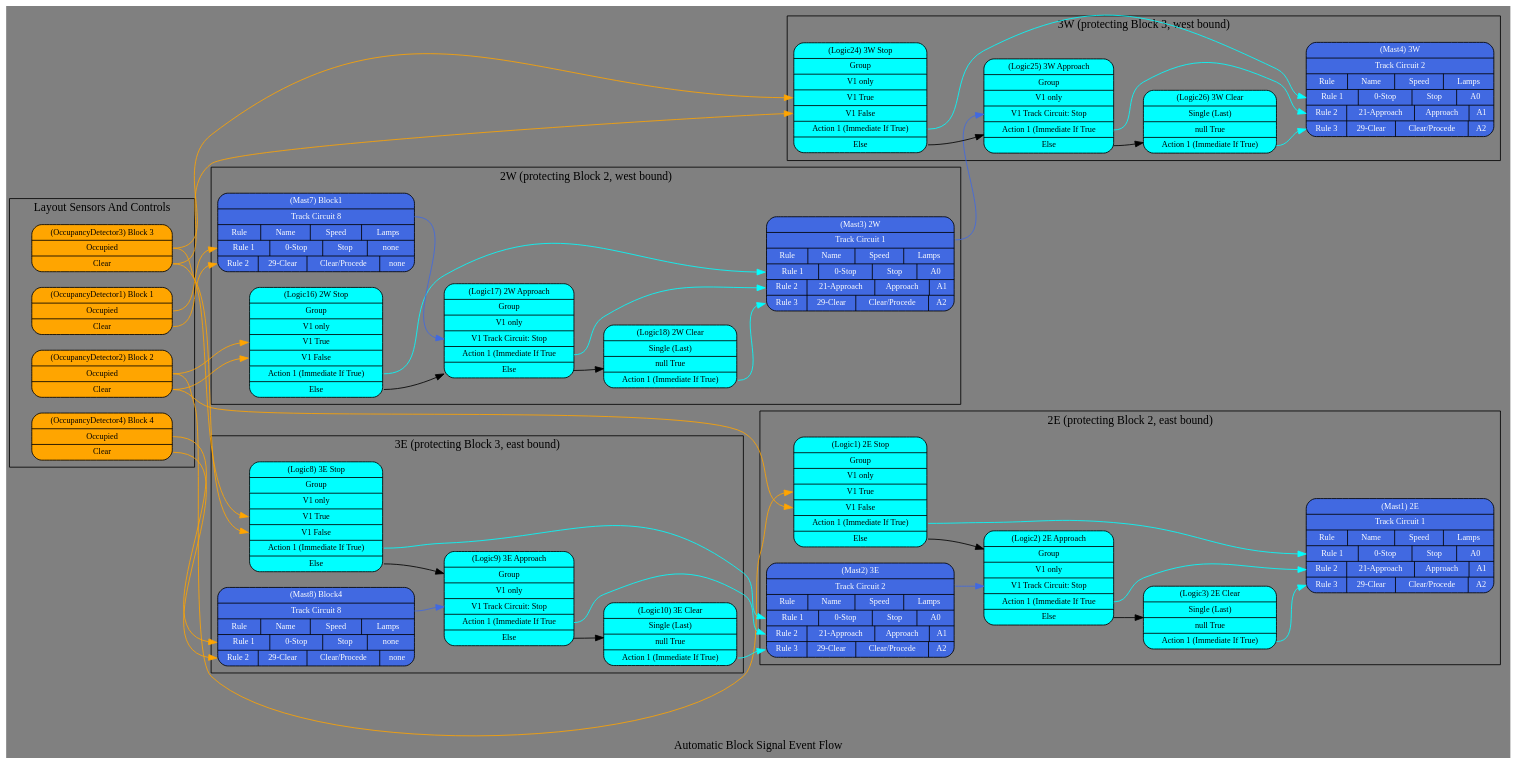
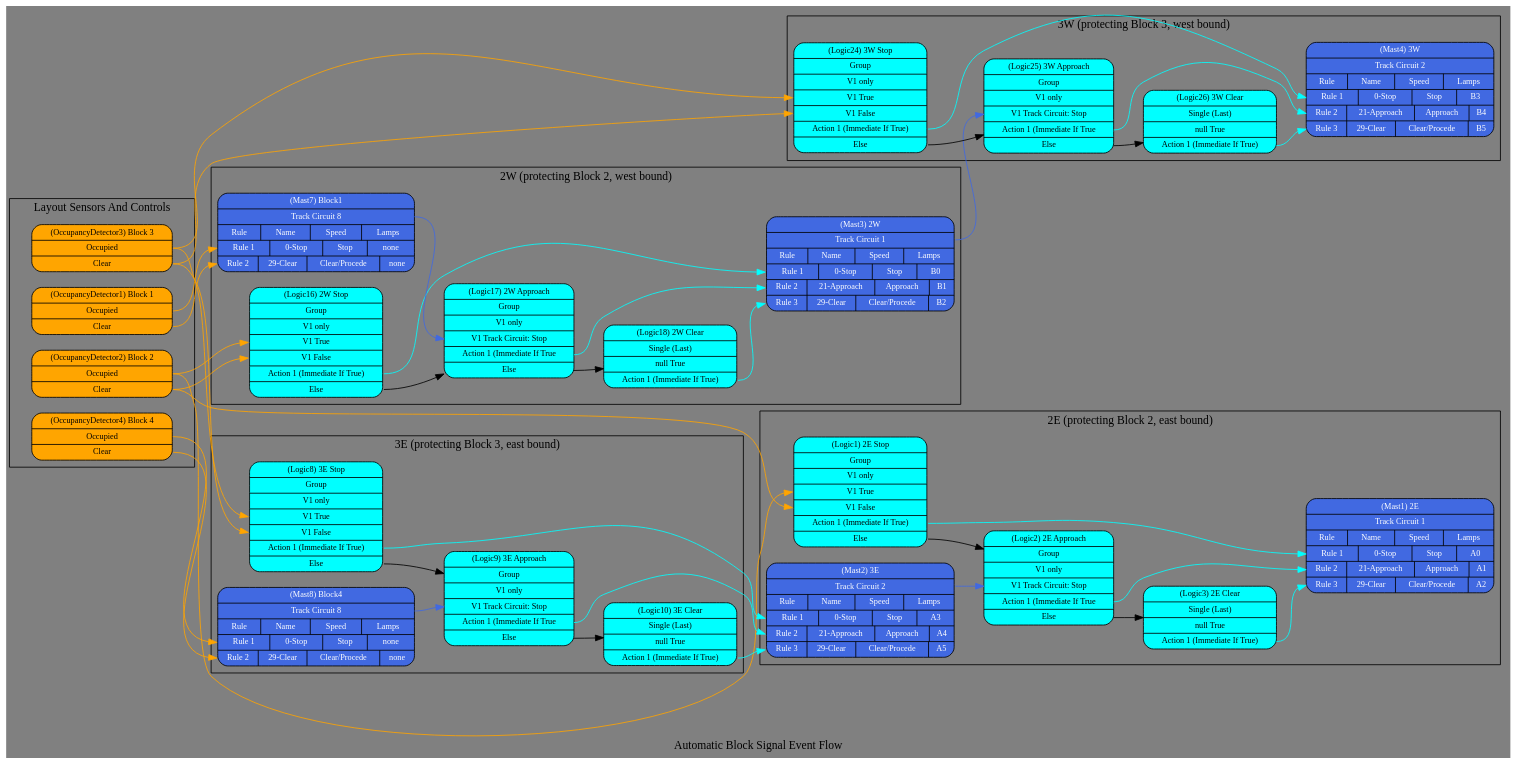
Before and after one commit to RobertPHeller/ESP32-LCC: the diagram in ESP32-T7S3-MultiFunctionUniversalTurnout/KitBooklet/ABSTrack_EventID.gv, drawn with Graphviz.

Commit message:
Update ABSTrack_EventID.gv: correct lamp settings.

```diff
--- a/ESP32-T7S3-MultiFunctionUniversalTurnout/KitBooklet/ABSTrack_EventID.gv
+++ b/ESP32-T7S3-MultiFunctionUniversalTurnout/KitBooklet/ABSTrack_EventID.gv
@@ -1,130 +1,130 @@
 digraph ABSTrack_EventID {
     label="Automatic Block Signal Event Flow";
     bgcolor="gray";
     rankdir=LR;
     /*nodesep=0.5;*/
     node [shape=Mrecord, style="filled"];
     subgraph clusterSensorsAndControls {
         label="Layout Sensors And Controls";
         /* Occupancy Detectors */
         OC1 [fontsize="10", fillcolor="orange",
             label ="(OccupancyDetector1) Block 1|<occupied> Occupied|<clear> Clear"];
         OC2 [fontsize="10", fillcolor="orange",
             label ="(OccupancyDetector2) Block 2|<occupied> Occupied|<clear> Clear"];
         OC3 [fontsize="10", fillcolor="orange",
             label ="(OccupancyDetector3) Block 3|<occupied> Occupied|<clear> Clear"];
         OC4 [fontsize="10", fillcolor="orange",
             label ="(OccupancyDetector4) Block 4|<occupied> Occupied|<clear> Clear"];
     }
     /* Signal Masts */
     
     /* Signal 2E */
     subgraph cluster2E {
         label="2E (protecting Block 2, east bound)"
         Mast1 [fontsize="10", fillcolor="RoyalBlue", fontcolor="white",
             label ="(Mast1) 2E|<circuit>Track Circuit 1|{Rule|Name|Speed|Lamps}|{<R1>Rule 1|0-Stop|Stop|A0}|{<R2>Rule 2|21-Approach|Approach|A1}|{<R3>Rule 3|29-Clear|Clear/Procede|A2}"];
 
         /* 2E Signal Logic */
         Logic1 [fontsize="10", fillcolor="cyan",
             label ="(Logic1) 2E Stop|Group|V1 only|<V1True> V1 True|<V1False> V1 False|<A1> Action 1 (Immediate If True)|<else> Else"];
         OC2:occupied -> Logic1:V1True [color="orange"];
         OC2:clear    -> Logic1:V1False [color="orange"];
         Logic1:A1 -> Mast1:R1 [color="cyan"];
         Logic1:else -> Logic2;
         
         Logic2 [fontsize="10", fillcolor="cyan",
             label ="(Logic2) 2E Approach|Group|V1 only|<V1Circuit> V1 Track Circuit: Stop|<A1> Action 1 (Immediate If True|<else> Else"];
         Mast2:circuit -> Logic2:V1Circuit [color="RoyalBlue"];
         Logic2:A1 -> Mast1:R2 [color="cyan"];
         Logic2:else -> Logic3;
         
         Logic3 [fontsize="10", fillcolor="cyan",
             label ="(Logic3) 2E Clear|Single (Last)|null True|<A1> Action 1 (Immediate If True)"];
         Logic3:A1 -> Mast1:R3 [color="cyan"];
     }
                                         
     /* Signal 3E */
     subgraph cluster3E {
         label="3E (protecting Block 3, east bound)"
         Mast2 [fontsize="10", fillcolor="RoyalBlue", fontcolor="white",
-            label ="(Mast2) 3E|<circuit>Track Circuit 2|{Rule|Name|Speed|Lamps}|{<R1>Rule 1|0-Stop|Stop|A0}|{<R2>Rule 2|21-Approach|Approach|A1}|{<R3>Rule 3|29-Clear|Clear/Procede|A2}"];
+            label ="(Mast2) 3E|<circuit>Track Circuit 2|{Rule|Name|Speed|Lamps}|{<R1>Rule 1|0-Stop|Stop|A3}|{<R2>Rule 2|21-Approach|Approach|A4}|{<R3>Rule 3|29-Clear|Clear/Procede|A5}"];
 
         /* 3E Signal Logic */
         Logic8 [fontsize="10", fillcolor="cyan",
             label ="(Logic8) 3E Stop|Group|V1 only|<V1True> V1 True|<V1False> V1 False|<A1> Action 1 (Immediate If True)|<else> Else"];
         OC3:occupied -> Logic8:V1True [color="orange"];
         OC3:clear    -> Logic8:V1False [color="orange"];
         Logic8:A1 -> Mast2:R1 [color="cyan"];
         Logic8:else -> Logic9;
         
         Logic9 [fontsize="10", fillcolor="cyan",
             label ="(Logic9) 3E Approach|Group|V1 only|<V1Circuit> V1 Track Circuit: Stop|<A1> Action 1 (Immediate If True|<else> Else"];
         Mast8:circuit -> Logic9:V1Circuit [color="RoyalBlue"];
         Logic9:A1 -> Mast2:R2 [color="cyan"];
         Logic9:else -> Logic10;
         
         Logic10 [fontsize="10", fillcolor="cyan",
             label ="(Logic10) 3E Clear|Single (Last)|null True|<A1> Action 1 (Immediate If True)"];
         Logic10:A1 -> Mast2:R3 [color="cyan"];
     }
                                         
     /* Signal 2W */
     subgraph cluster2W {
         label="2W (protecting Block 2, west bound)"
         Mast3 [fontsize="10", fillcolor="RoyalBlue", fontcolor="white",
-            label ="(Mast3) 2W|<circuit>Track Circuit 1|{Rule|Name|Speed|Lamps}|{<R1>Rule 1|0-Stop|Stop|A0}|{<R2>Rule 2|21-Approach|Approach|A1}|{<R3>Rule 3|29-Clear|Clear/Procede|A2}"];
+            label ="(Mast3) 2W|<circuit>Track Circuit 1|{Rule|Name|Speed|Lamps}|{<R1>Rule 1|0-Stop|Stop|B0}|{<R2>Rule 2|21-Approach|Approach|B1}|{<R3>Rule 3|29-Clear|Clear/Procede|B2}"];
 
         /* 2W Signal Logic */
         Logic16 [fontsize="10", fillcolor="cyan",
             label ="(Logic16) 2W Stop|Group|V1 only|<V1True> V1 True|<V1False> V1 False|<A1> Action 1 (Immediate If True)|<else> Else"];
         OC2:occupied -> Logic16:V1True [color="orange"];
         OC2:clear    -> Logic16:V1False [color="orange"];
         Logic16:A1 -> Mast3:R1 [color="cyan"];
         Logic16:else -> Logic17;
         
         Logic17 [fontsize="10", fillcolor="cyan",
             label ="(Logic17) 2W Approach|Group|V1 only|<V1Circuit> V1 Track Circuit: Stop|<A1> Action 1 (Immediate If True|<else> Else"];
         Mast7:circuit -> Logic17:V1Circuit [color="RoyalBlue"];
         Logic17:A1 -> Mast3:R2 [color="cyan"];
         Logic17:else -> Logic18;
         
         Logic18 [fontsize="10", fillcolor="cyan",
             label ="(Logic18) 2W Clear|Single (Last)|null True|<A1> Action 1 (Immediate If True)"];
         Logic18:A1 -> Mast3:R3 [color="cyan"];
     }
                                         
     /* Signal 3W */
     subgraph cluster3W {
         label="3W (protecting Block 3, west bound)"
         Mast4 [fontsize="10", fillcolor="RoyalBlue", fontcolor="white",
-            label ="(Mast4) 3W|<circuit>Track Circuit 2|{Rule|Name|Speed|Lamps}|{<R1>Rule 1|0-Stop|Stop|A0}|{<R2>Rule 2|21-Approach|Approach|A1}|{<R3>Rule 3|29-Clear|Clear/Procede|A2}"];
+            label ="(Mast4) 3W|<circuit>Track Circuit 2|{Rule|Name|Speed|Lamps}|{<R1>Rule 1|0-Stop|Stop|B3}|{<R2>Rule 2|21-Approach|Approach|B4}|{<R3>Rule 3|29-Clear|Clear/Procede|B5}"];
 
         /* 3W Signal Logic */
         Logic24 [fontsize="10", fillcolor="cyan",
             label ="(Logic24) 3W Stop|Group|V1 only|<V1True> V1 True|<V1False> V1 False|<A1> Action 1 (Immediate If True)|<else> Else"];
         OC3:occupied -> Logic24:V1True [color="orange"];
         OC3:clear    -> Logic24:V1False [color="orange"];
         Logic24:A1 -> Mast4:R1 [color="cyan"];
         Logic24:else -> Logic25;
         
         Logic25 [fontsize="10", fillcolor="cyan",
             label ="(Logic25) 3W Approach|Group|V1 only|<V1Circuit> V1 Track Circuit: Stop|<A1> Action 1 (Immediate If True|<else> Else"];
         Mast3:circuit -> Logic25:V1Circuit [color="RoyalBlue"];
         Logic25:A1 -> Mast4:R2 [color="cyan"];
         Logic25:else -> Logic26;
         
         Logic26 [fontsize="10", fillcolor="cyan",
             label ="(Logic26) 3W Clear|Single (Last)|null True|<A1> Action 1 (Immediate If True)"];
         Logic26:A1 -> Mast4:R3 [color="cyan"];
     }
                                         
     /* Virtual masts */
     Mast7 [fontsize="10", fillcolor="RoyalBlue", fontcolor="white",
         label ="(Mast7) Block1|<circuit>Track Circuit 8|{Rule|Name|Speed|Lamps}|{<R1>Rule 1|0-Stop|Stop|none}|{<R2>Rule 2|29-Clear|Clear/Procede|none}"];
     OC1:occupied -> Mast7:R1 [color="orange"];
     OC1:clear    -> Mast7:R2 [color="orange"];
     Mast8 [fontsize="10", fillcolor="RoyalBlue", fontcolor="white",
         label ="(Mast8) Block4|<circuit>Track Circuit 8|{Rule|Name|Speed|Lamps}|{<R1>Rule 1|0-Stop|Stop|none}|{<R2>Rule 2|29-Clear|Clear/Procede|none}"];
     OC4:occupied -> Mast8:R1 [color="orange"];
     OC4:clear    -> Mast8:R2 [color="orange"];
 }
```
